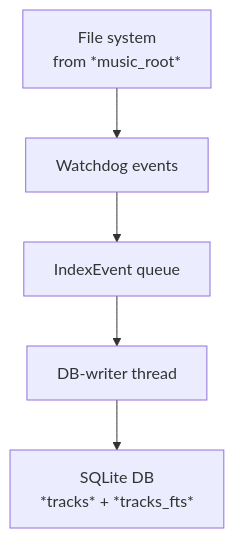
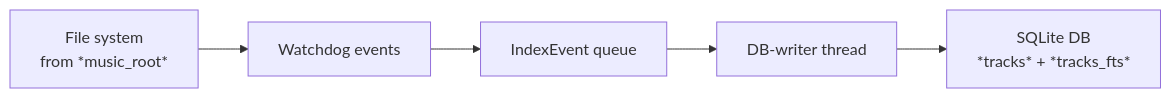
One commit to mark-me/mixtape-society changed the first of 2 diagrams in docs/development/musiclib/loading.md. Above: the diagram before and after it, drawn with Mermaid.

Commit message:
Updated flowchart direction

````diff
--- a/docs/development/musiclib/loading.md
+++ b/docs/development/musiclib/loading.md
@@ -7,11 +7,10 @@
 ```mermaid
-flowchart
-    direction LR
+flowchart LR
     FS[File system<br>from *music_root*]
     Watchdog[Watchdog events]
     IndexEvent[IndexEvent queue]
     DBWriter[DB‑writer thread]
     DB[SQLite DB<br>*tracks* + *tracks_fts*]
 
     FS --> Watchdog --> IndexEvent --> DBWriter --> DB
 ```
````
